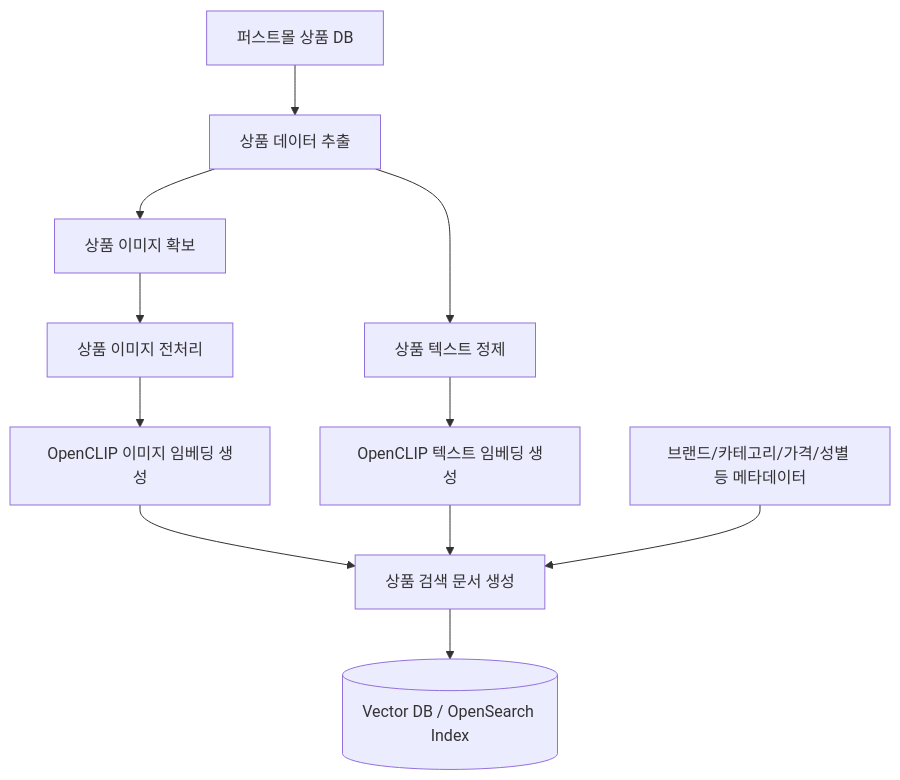
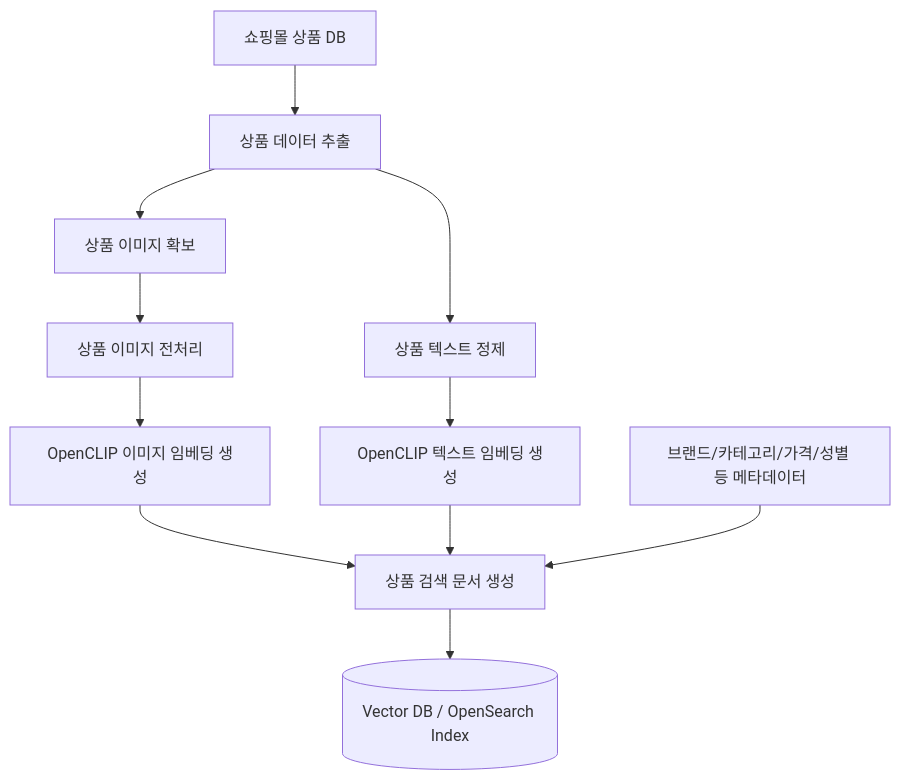
One commit to cincin00/playground-CLIP changed the second of 7 diagrams in README.md. Above: the diagram before and after it, drawn with Mermaid. The commit also changed other lines of this file, not shown here.

Commit message:
README.md 파일 업데이트: 퍼스트몰 관련 용어를 쇼핑몰로 변경

````diff
--- a/README.md
+++ b/README.md
@@ -95,18 +95,18 @@
 ```mermaid
 flowchart TD
-    DB[퍼스트몰 상품 DB] --> EXTRACT[상품 데이터 추출]
+    DB[쇼핑몰 상품 DB] --> EXTRACT[상품 데이터 추출]
     EXTRACT --> IMGDL[상품 이미지 확보]
     EXTRACT --> TXTPREP[상품 텍스트 정제]
 
     IMGDL --> IMGPRE[상품 이미지 전처리]
     IMGPRE --> IEMB[OpenCLIP 이미지 임베딩 생성]
 
     TXTPREP --> TEMB[OpenCLIP 텍스트 임베딩 생성]
 
     IEMB --> INDEXDOC[상품 검색 문서 생성]
     TEMB --> INDEXDOC
 
     META[브랜드/카테고리/가격/성별 등 메타데이터] --> INDEXDOC
 
     INDEXDOC --> VDB[(Vector DB / OpenSearch Index)]
 ```
````
